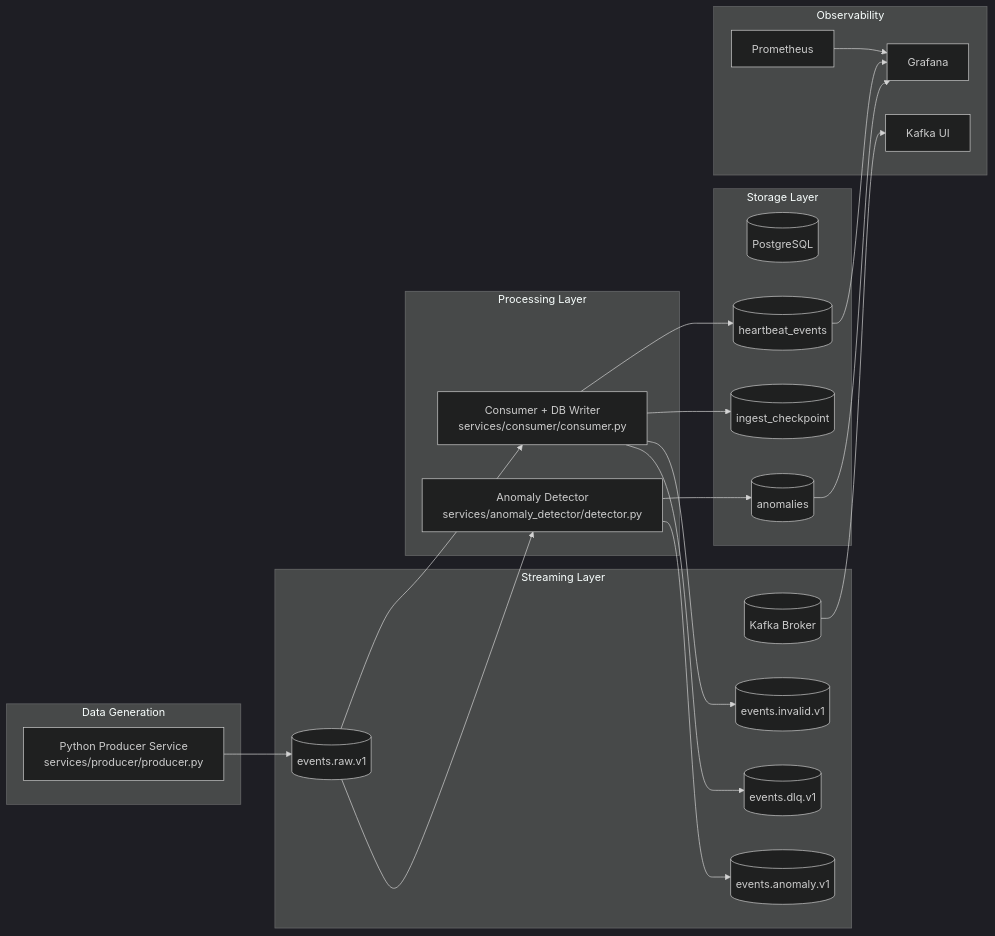
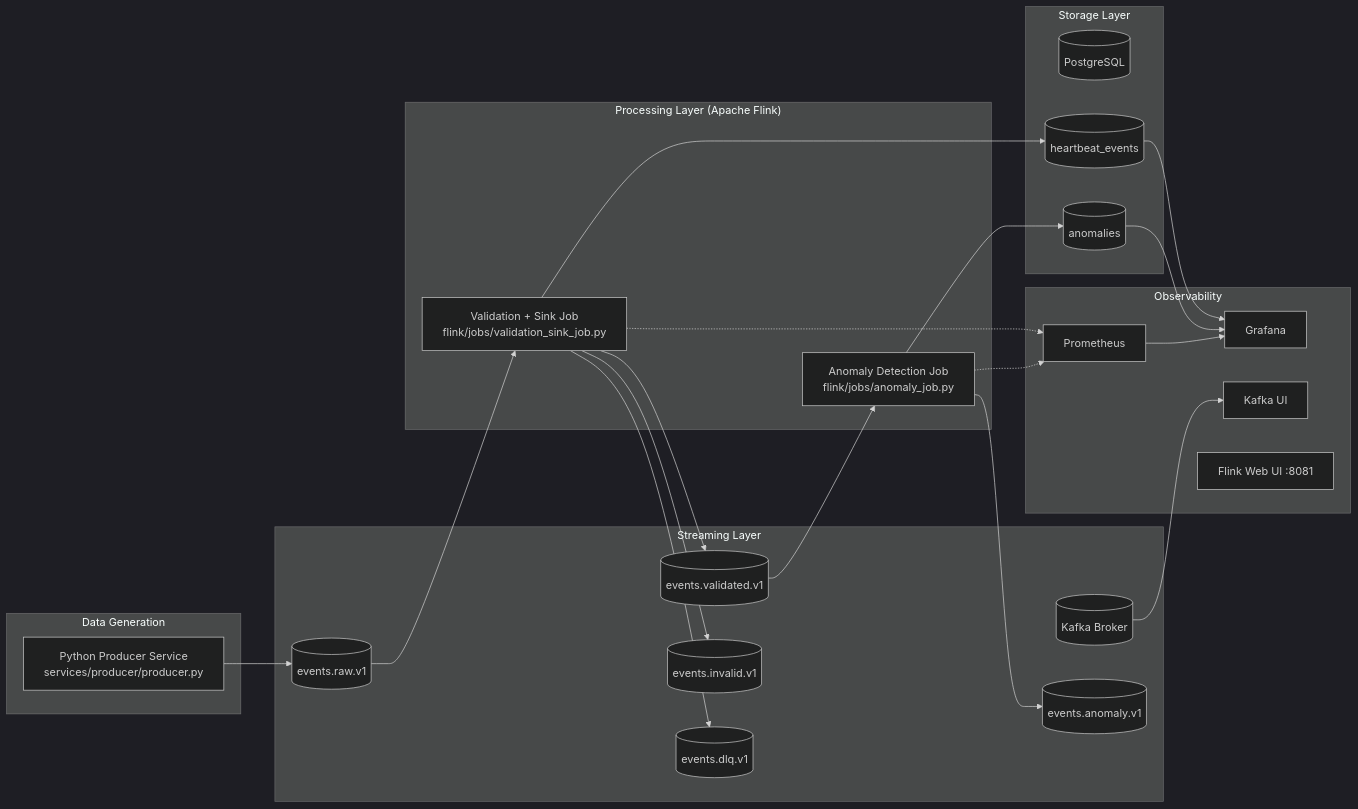
One commit to DE-E-K/DEM10 changed the first of 2 diagrams in docs/architecture/architecture-overview.md. Above: the diagram before and after it, drawn with Mermaid (dark theme). The commit also changed other lines of this file and 6 other files, not shown here.

First line of the commit message:
docs+monitoring: update architecture, dashboard, and README for Flink

````diff
--- a/docs/architecture/architecture-overview.md
+++ b/docs/architecture/architecture-overview.md
@@ -16,49 +16,52 @@
 ```mermaid
 flowchart LR
   subgraph Data Generation
     G[Python Producer Service\nservices/producer/producer.py]
   end
 
   subgraph Streaming Layer
     K[(Kafka Broker)]
     T1[(events.raw.v1)]
+    TV[(events.validated.v1)]
     T2[(events.invalid.v1)]
     T3[(events.anomaly.v1)]
     T4[(events.dlq.v1)]
   end
 
-  subgraph Processing Layer
-    C[Consumer + DB Writer\nservices/consumer/consumer.py]
-    A[Anomaly Detector\nservices/anomaly_detector/detector.py]
+  subgraph "Processing Layer (Apache Flink)"
+    FV[Validation + Sink Job\nflink/jobs/validation_sink_job.py]
+    FA[Anomaly Detection Job\nflink/jobs/anomaly_job.py]
   end
 
   subgraph Storage Layer
     P[(PostgreSQL)]
     E[(heartbeat_events)]
     N[(anomalies)]
-    CP[(ingest_checkpoint)]
   end
 
   subgraph Observability
     GR[Grafana]
     PR[Prometheus]
     KUI[Kafka UI]
+    FUI[Flink Web UI :8081]
   end
 
   G --> T1
-  T1 --> C
-  T1 --> A
+  T1 --> FV
 
-  C --> E
-  C --> CP
-  C --> T2
-  C --> T4
+  FV --> E
+  FV --> TV
+  FV --> T2
+  FV --> T4
 
-  A --> N
-  A --> T3
+  TV --> FA
+  FA --> N
+  FA --> T3
 
   E --> GR
   N --> GR
   PR --> GR
   K --> KUI
+  FV -.-> PR
+  FA -.-> PR
 ```
````
